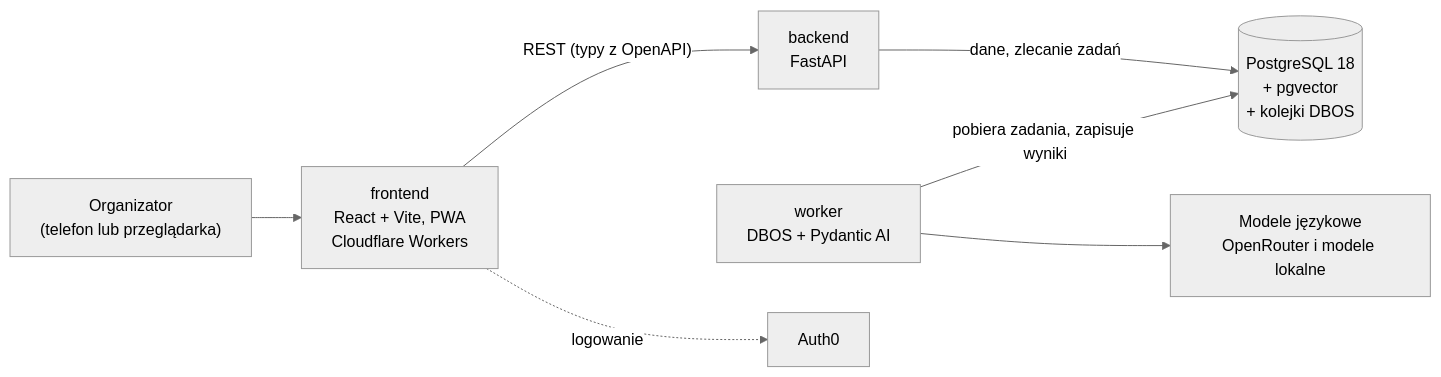
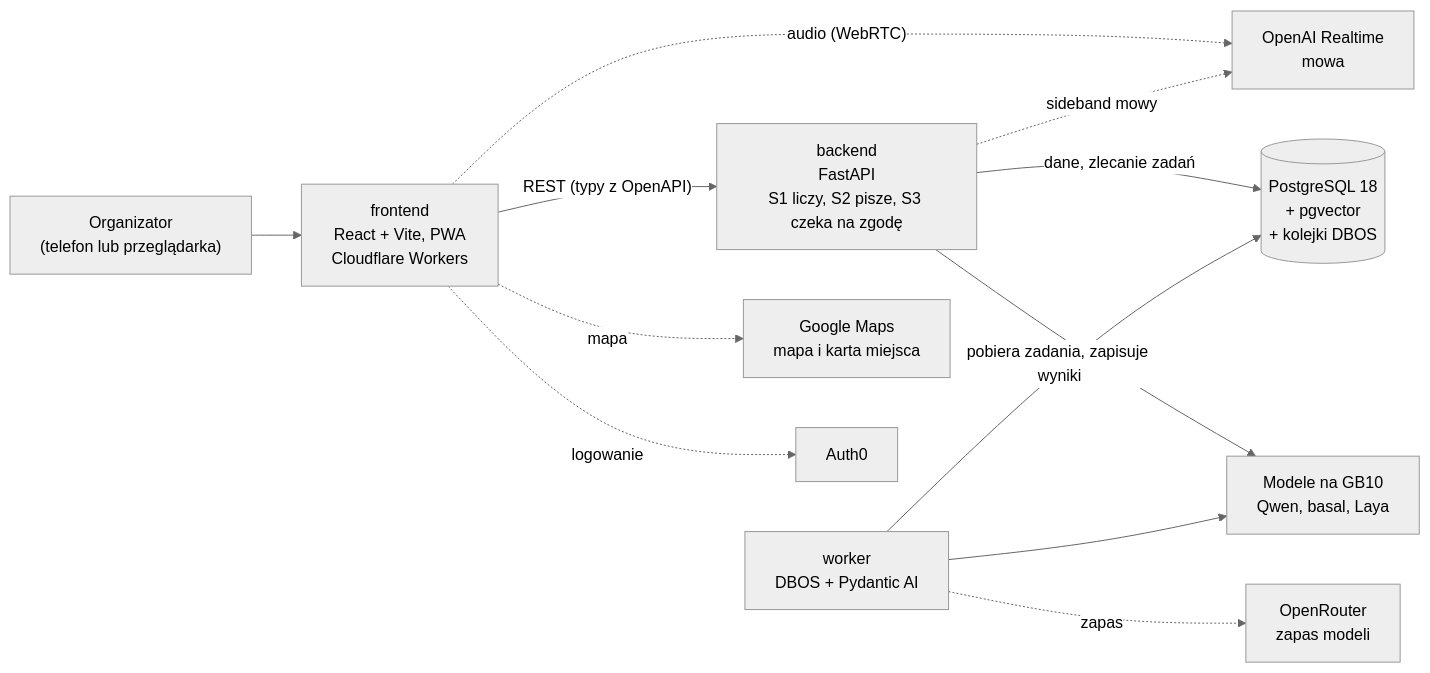
Before and after one commit to HackYeah-TuttiTripTeam/tuttitrip: the diagram in README.md, drawn with Mermaid (neutral theme). The commit also changed other lines of this file and 11 other files, not shown here.

First line of the commit message:
docs: Decyzje architektoniczne D1-D7, mapa modeli i slajd architektury (#22)

````diff
--- a/README.md
+++ b/README.md
@@ -47,17 +47,25 @@
 ```mermaid
 flowchart LR
     user["Organizator<br/>(telefon lub przeglądarka)"]
     fe["frontend<br/>React + Vite, PWA<br/>Cloudflare Workers"]
-    be["backend<br/>FastAPI"]
+    be["backend<br/>FastAPI<br/>S1 liczy, S2 pisze, S3 czeka na zgodę"]
     db[("PostgreSQL 18<br/>+ pgvector<br/>+ kolejki DBOS")]
     wk["worker<br/>DBOS + Pydantic AI"]
-    llm["Modele językowe<br/>OpenRouter i modele lokalne"]
+    gb["Modele na GB10<br/>Qwen, basal, Laya"]
+    openr["OpenRouter<br/>zapas modeli"]
+    rt["OpenAI Realtime<br/>mowa"]
+    gm["Google Maps<br/>mapa i karta miejsca"]
     auth["Auth0"]
 
     user --> fe
     fe -- "REST (typy z OpenAPI)" --> be
     fe -. logowanie .-> auth
+    fe -. "audio (WebRTC)" .-> rt
+    fe -. mapa .-> gm
+    be -. "sideband mowy" .-> rt
     be -- "dane, zlecanie zadań" --> db
+    be --> gb
     wk -- "pobiera zadania, zapisuje wyniki" --> db
-    wk --> llm
+    wk --> gb
+    wk -. zapas .-> openr
 ```
````
